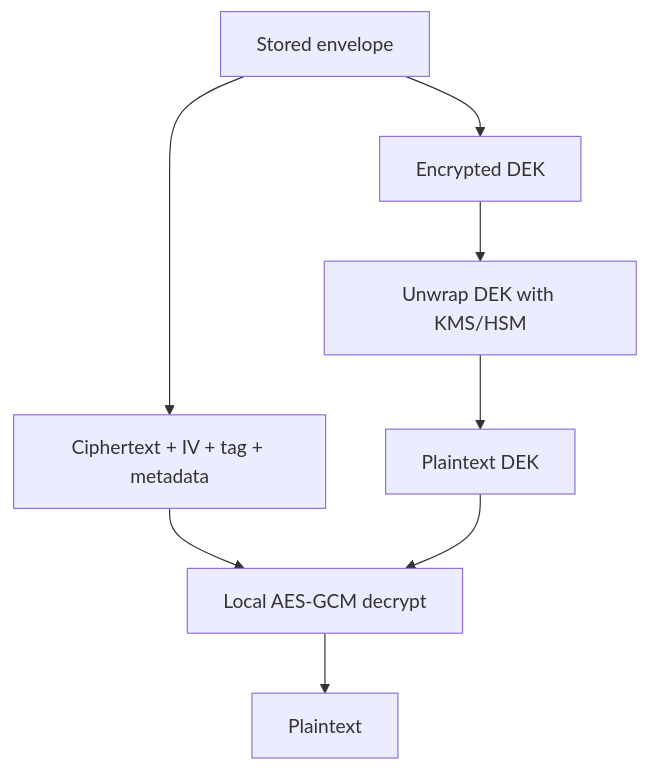
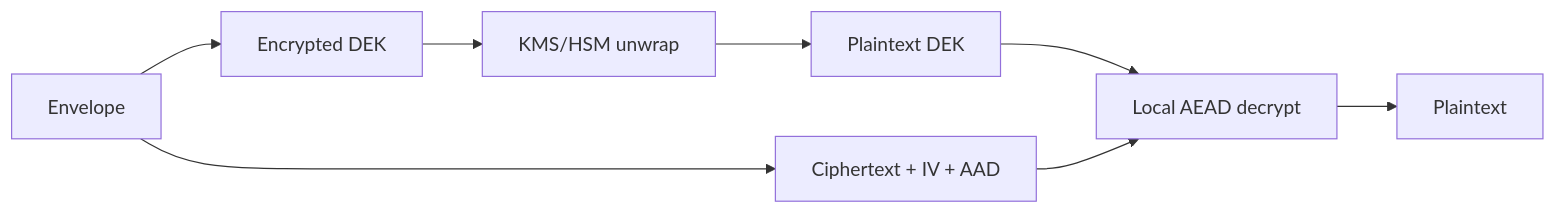
The second of 2 diagrams in posts/envelope-encryption.md (dagistankaradeniz/dagistankaradeniz.github.io), drawn with Mermaid before and after one commit. The commit also changed other lines of this file, not shown here.

Commit message:
Shorten envelope encryption post

````diff
--- a/posts/envelope-encryption.md
+++ b/posts/envelope-encryption.md
@@ -45,10 +38,10 @@
 ```mermaid
-flowchart TD
-    A[Stored envelope] --> B[Encrypted DEK]
-    A --> C[Ciphertext + IV + tag + metadata]
-    B --> D[Unwrap DEK with KMS/HSM]
-    D --> E[Plaintext DEK]
-    C --> F[Local AES-GCM decrypt]
-    E --> F
+flowchart LR
+    A[Envelope] --> B[Encrypted DEK]
+    B --> C[KMS/HSM unwrap]
+    A --> D[Ciphertext + IV + AAD]
+    C --> E[Plaintext DEK]
+    E --> F[Local AEAD decrypt]
+    D --> F
     F --> G[Plaintext]
 ```
````
